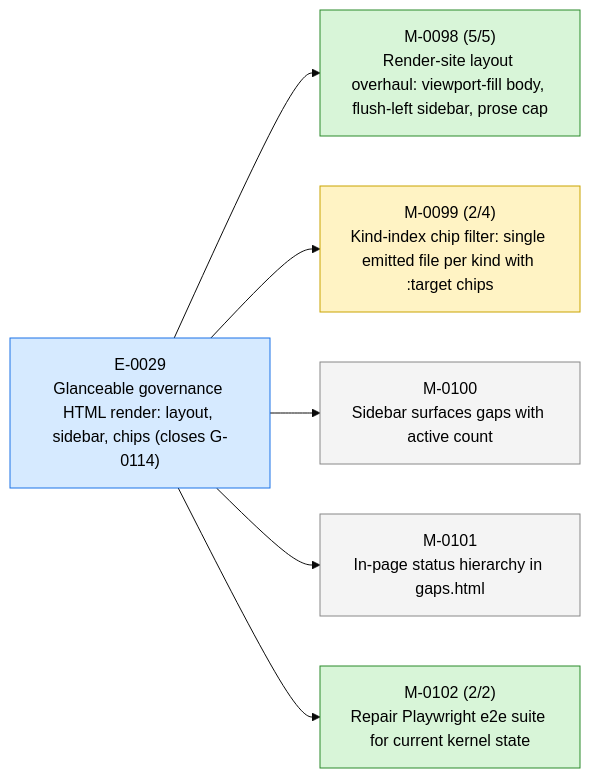
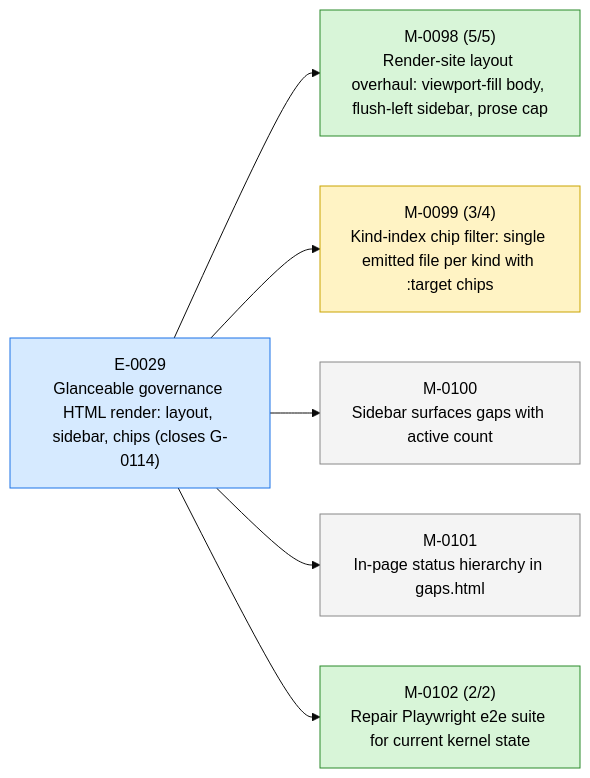
Before and after one commit to 23min/aiwf: the first of 3 diagrams in STATUS.md, drawn with Mermaid (base theme). The commit also changed other lines of this file and 1 other file, not shown here.

````diff
--- a/STATUS.md
+++ b/STATUS.md
@@ -17,20 +17,20 @@
 ```mermaid
 flowchart LR
   E_0029["E-0029<br/>Glanceable governance HTML render: layout, sidebar, chips (closes G-0114)"]:::epic_active
   M_0098["M-0098 (5/5)<br/>Render-site layout overhaul: viewport-fill body, flush-left sidebar, prose cap"]:::ms_done
   E_0029 --> M_0098
-  M_0099["M-0099 (2/4)<br/>Kind-index chip filter: single emitted file per kind with :target chips"]:::ms_in_progress
+  M_0099["M-0099 (3/4)<br/>Kind-index chip filter: single emitted file per kind with :target chips"]:::ms_in_progress
   E_0029 --> M_0099
   M_0100["M-0100<br/>Sidebar surfaces gaps with active count"]:::ms_draft
   E_0029 --> M_0100
   M_0101["M-0101<br/>In-page status hierarchy in gaps.html"]:::ms_draft
   E_0029 --> M_0101
   M_0102["M-0102 (2/2)<br/>Repair Playwright e2e suite for current kernel state"]:::ms_done
   E_0029 --> M_0102
   classDef epic_active fill:#d6eaff,stroke:#1a73e8,color:#000
   classDef epic_proposed fill:#f4f4f4,stroke:#888,color:#000
   classDef ms_done fill:#d8f5d8,stroke:#2a8a2a,color:#000
   classDef ms_in_progress fill:#fff3c4,stroke:#caa400,color:#000
   classDef ms_draft fill:#f4f4f4,stroke:#888,color:#000
   classDef ms_cancelled fill:#fbeaea,stroke:#c33,color:#000
 ```
````
